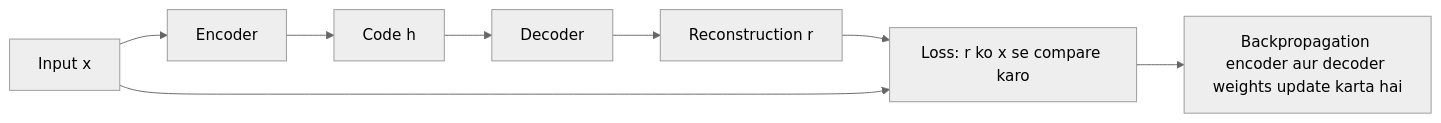
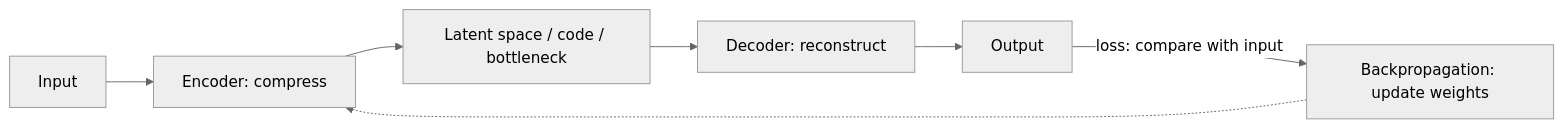
One commit to TrendySloth1001/sem-seven-notes changed the first of 4 diagrams in content/deep-learning/notes/autoencoders.hi.mdx. Above: the diagram before and after it, drawn with Mermaid (neutral theme). The commit also changed other lines of this file and 254 other files, not shown here.

Commit message:
Rewrite the backpropagation, gradient descent, regularization and autoencoder notes and their 29 answers from the teachers' class files. They use 185 teacher figures with class-notes citations only, and correct the AdaGrad, RMSProp, Nesterov and batch-norm numbers on the slides.

````diff
--- a/content/deep-learning/notes/autoencoders.hi.mdx
+++ b/content/deep-learning/notes/autoencoders.hi.mdx
@@ -132,11 +58,10 @@
 ```mermaid
-%% caption: Autoencoder ka training loop. Wahi input andar bhi jaata hai aur usi se output compare hota hai, isliye label ki zaroorat nahi.
+%% caption: Autoencoder jaise teacher draw karte hain. Loss output ko input se compare karta hai, aur backpropagation weights update karta hai.
 flowchart LR
-  X["Input x"] --> E["Encoder"]
-  E --> H["Code h"]
-  H --> D["Decoder"]
-  D --> R["Reconstruction r"]
-  R --> L["Loss: r ko x se compare karo"]
-  X --> L
-  L --> B["Backpropagation encoder aur decoder weights update karta hai"]
+  A["Input"] --> B["Encoder: compress"]
+  B --> C["Latent space / code / bottleneck"]
+  C --> D["Decoder: reconstruct"]
+  D --> E["Output"]
+  E -->|"loss: compare with input"| F["Backpropagation: update weights"]
+  F -.-> B
 ```
````
